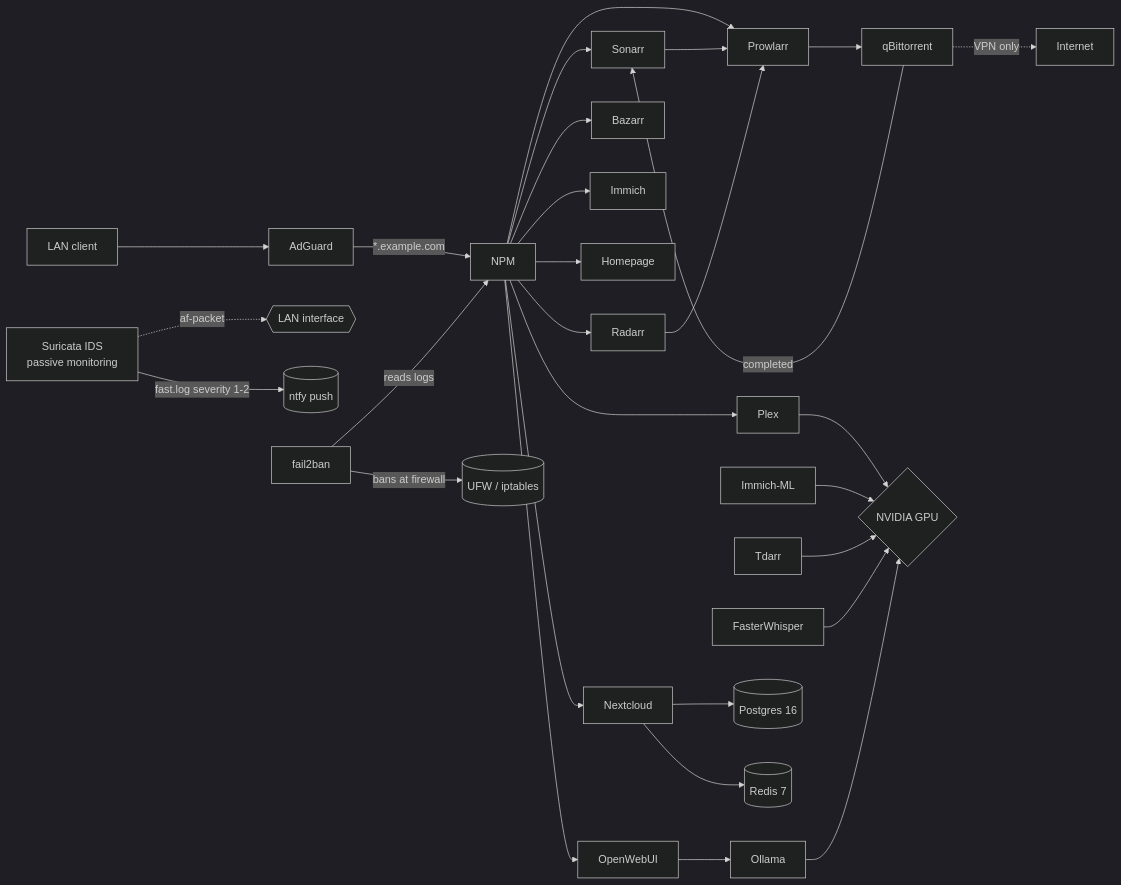
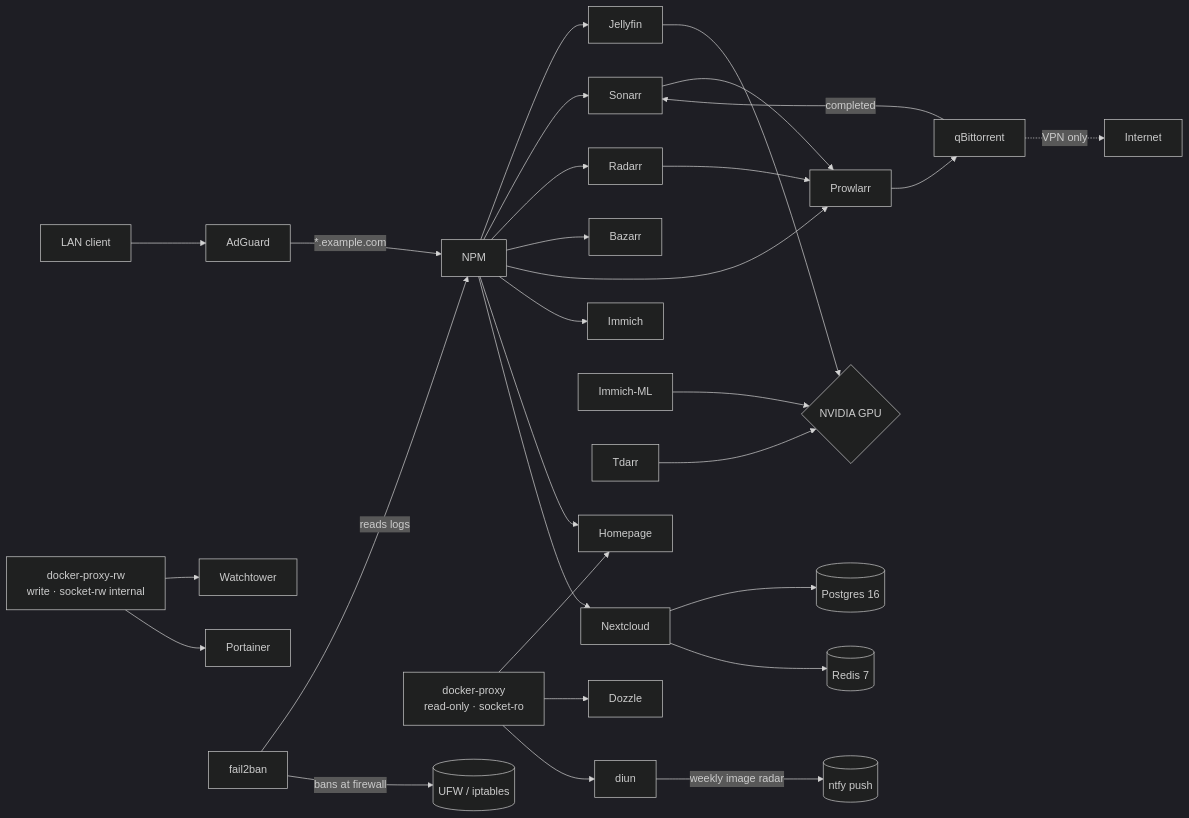
Before and after one commit to MrTorriz/homelab: the second of 3 diagrams in docs/architecture.md, drawn with Mermaid (dark theme). The commit also changed other lines of this file and 38 other files, not shown here.

````diff
--- a/docs/architecture.md
+++ b/docs/architecture.md
@@ -50,30 +51,27 @@
 ```mermaid
 flowchart LR
     User[LAN client] --> AdGuard
     AdGuard -->|*.example.com| NPM
-    NPM --> Plex
+    NPM --> Jellyfin
     NPM --> Sonarr & Radarr & Bazarr & Prowlarr
     NPM --> Immich
     NPM --> Homepage
 
     Sonarr & Radarr --> Prowlarr --> qBittorrent
     qBittorrent -->|completed| Sonarr
     qBittorrent -.->|VPN only| Internet
 
-    Plex --> NVENC{NVIDIA GPU}
+    Jellyfin --> NVENC{NVIDIA GPU}
     Immich-ML --> NVENC
     Tdarr --> NVENC
-    FasterWhisper --> NVENC
-    Ollama --> NVENC
 
     NPM --> Nextcloud
-    NPM --> OpenWebUI
-    OpenWebUI --> Ollama
     Nextcloud --> Postgres[(Postgres 16)]
     Nextcloud --> Redis[(Redis 7)]
 
-    Suri[Suricata IDS<br/>passive monitoring] -.->|af-packet| LANIface{{LAN interface}}
-    Suri -->|fast.log severity 1-2| ntfy[(ntfy push)]
+    ProxyRO[docker-proxy<br/>read-only · socket-ro] --> Homepage & Dozzle & diun
+    ProxyRW[docker-proxy-rw<br/>write · socket-rw internal] --> Watchtower & Portainer
+    diun -->|weekly image radar| ntfy[(ntfy push)]
     fail2ban -->|reads logs| NPM
     fail2ban -->|bans at firewall| UFW[(UFW / iptables)]
 ```
````
